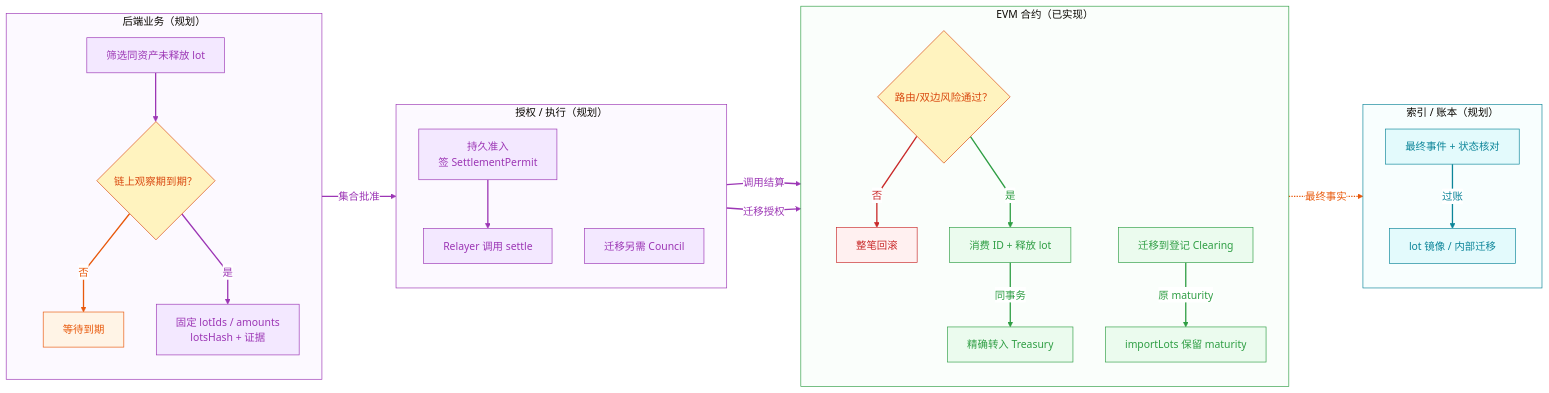
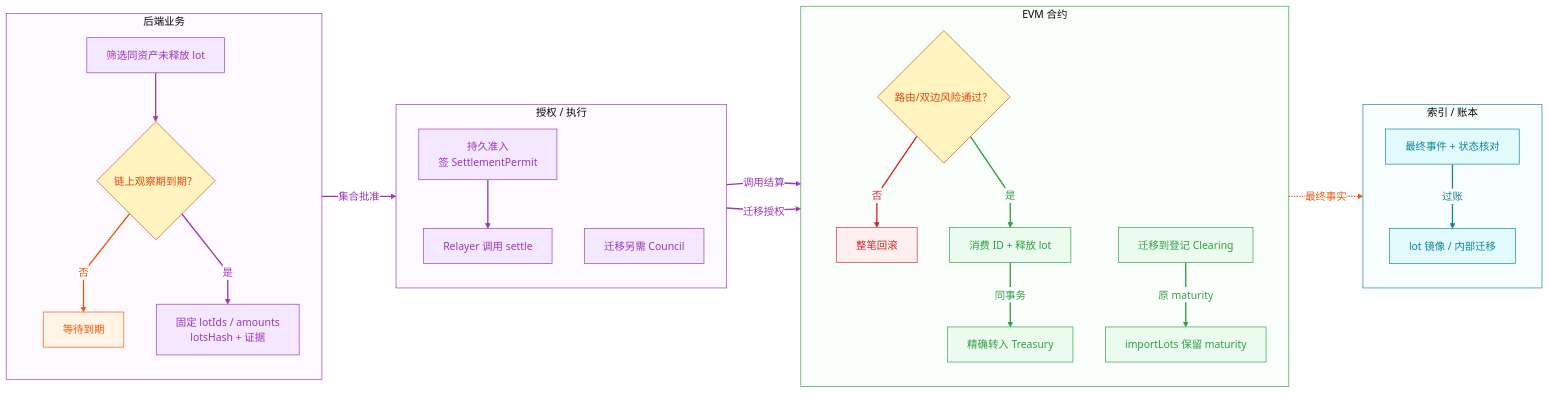
The fourth of 12 diagrams in docs/contract-multitenant-wallet-design/swimlanes/README.md (Alonoril/wallet-platform), drawn with Mermaid before and after one commit. The commit also changed other lines of this file and 39 other files, not shown here.

````diff
--- a/docs/contract-multitenant-wallet-design/swimlanes/README.md
+++ b/docs/contract-multitenant-wallet-design/swimlanes/README.md
@@ -360,75 +360,75 @@
 ```mermaid
 %%{init: {"theme":"base","flowchart":{"curve":"linear"},"themeVariables":{"lineColor":"#1971c2","edgeLabelBackground":"#ffffff"}}}%%
 flowchart LR
-  subgraph APP["后端业务（规划）"]
+  subgraph APP["后端业务"]
     direction TB
     select["筛选同资产未释放 lot"]
     maturity{"链上观察期到期？"}
     wait["等待到期"]
     lots["固定 lotIds / amounts<br>lotsHash + 证据"]
   end
-  subgraph AUTH["授权 / 执行（规划）"]
+  subgraph AUTH["授权 / 执行"]
     direction TB
     sign["持久准入<br>签 SettlementPermit"]
     settleTx["Relayer 调用 settle"]
     council["迁移另需 Council"]
   end
-  subgraph EVM["EVM 合约（已实现）"]
+  subgraph EVM["EVM 合约"]
     direction TB
     verify{"路由/双边风险通过？"}
     fail["整笔回滚"]
     release["消费 ID + 释放 lot"]
     transfer["精确转入 Treasury"]
     migration["迁移到登记 Clearing"]
     import["importLots 保留 maturity"]
   end
-  subgraph BOOK["索引 / 账本（规划）"]
+  subgraph BOOK["索引 / 账本"]
     direction TB
     events["最终事件 + 状态核对"]
     post["lot 镜像 / 内部迁移"]
   end
   select --> maturity
   maturity -->|否| wait
   maturity -->|是| lots
   lots -->|集合批准| sign
   sign --> settleTx
   settleTx -->|调用结算| verify
   verify -->|否| fail
   verify -->|是| release
   release -->|同事务| transfer
   transfer -.->|最终事实| events
   events -->|过账| post
   council -->|迁移授权| migration
   migration -->|原 maturity| import
   classDef app fill:#f3e8ff,stroke:#9c36b5,color:#9c36b5;
   class select,maturity,wait,lots app;
   style APP fill:#f3e8ff,stroke:#9c36b5,fill-opacity:0.25,stroke-width:1px
   classDef auth fill:#f3e8ff,stroke:#9c36b5,color:#9c36b5;
   class sign,settleTx,council auth;
   style AUTH fill:#f3e8ff,stroke:#9c36b5,fill-opacity:0.25,stroke-width:1px
   classDef evm fill:#ebfbee,stroke:#2f9e44,color:#2f9e44;
   class verify,fail,release,transfer,migration,import evm;
   style EVM fill:#ebfbee,stroke:#2f9e44,fill-opacity:0.25,stroke-width:1px
   classDef book fill:#e3fafc,stroke:#0c8599,color:#0c8599;
   class events,post book;
   style BOOK fill:#e3fafc,stroke:#0c8599,fill-opacity:0.25,stroke-width:1px
   classDef blocked fill:#fff0f0,stroke:#c92a2a,color:#c92a2a;
   class fail blocked;
   classDef decision fill:#fff3bf,stroke:#d9480f,color:#d9480f;
   class maturity,verify decision;
   classDef pending fill:#fff4e6,stroke:#e8590c,color:#e8590c;
   class wait pending;
   linkStyle 0 stroke:#9c36b5,color:#9c36b5,stroke-width:2px;
   linkStyle 1 stroke:#e8590c,color:#e8590c,stroke-width:2px;
   linkStyle 2 stroke:#9c36b5,color:#9c36b5,stroke-width:2px;
   linkStyle 3 stroke:#9c36b5,color:#9c36b5,stroke-width:2px;
   linkStyle 4 stroke:#9c36b5,color:#9c36b5,stroke-width:2px;
   linkStyle 5 stroke:#9c36b5,color:#9c36b5,stroke-width:2px;
   linkStyle 6 stroke:#c92a2a,color:#c92a2a,stroke-width:2px;
   linkStyle 7 stroke:#2f9e44,color:#2f9e44,stroke-width:2px;
   linkStyle 8 stroke:#2f9e44,color:#2f9e44,stroke-width:2px;
   linkStyle 9 stroke:#e8590c,color:#e8590c,stroke-width:2px;
   linkStyle 10 stroke:#0c8599,color:#0c8599,stroke-width:2px;
   linkStyle 11 stroke:#9c36b5,color:#9c36b5,stroke-width:2px;
   linkStyle 12 stroke:#2f9e44,color:#2f9e44,stroke-width:2px;
 ```
````
